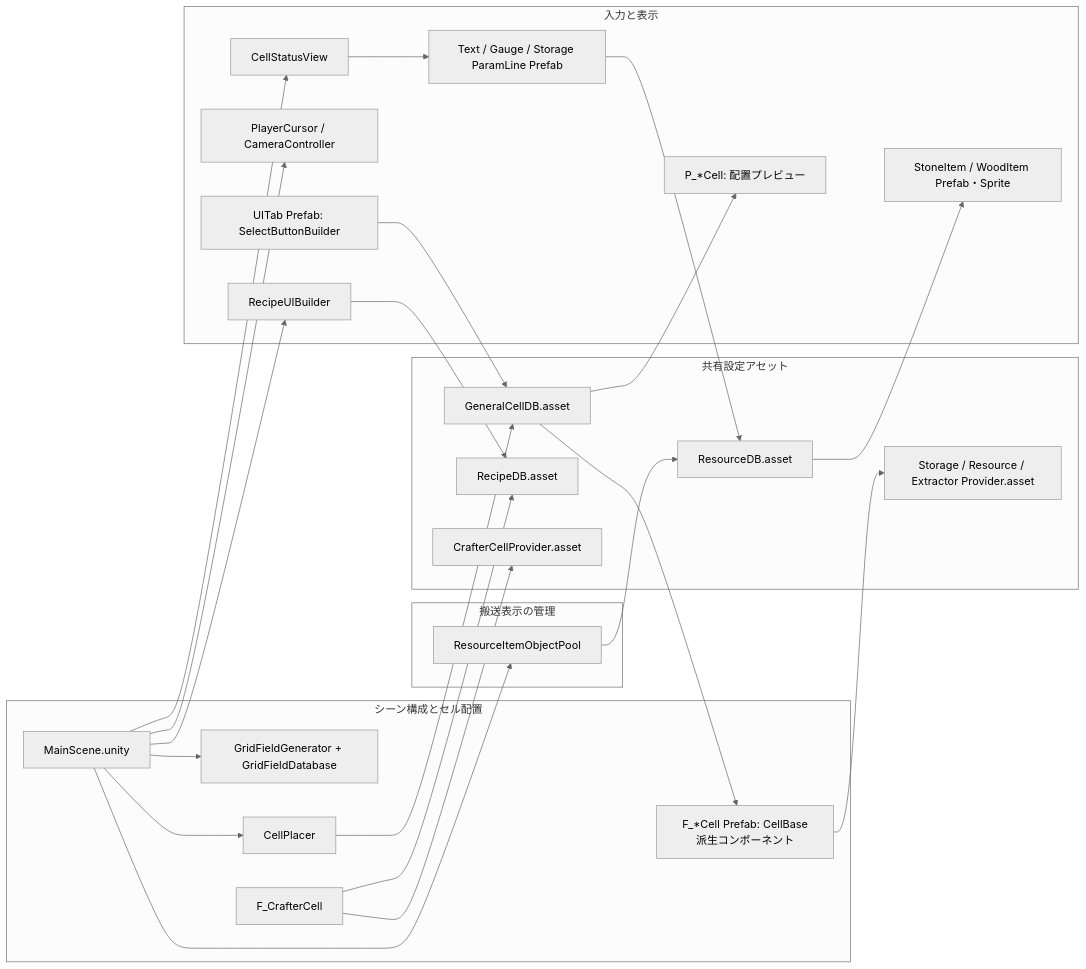
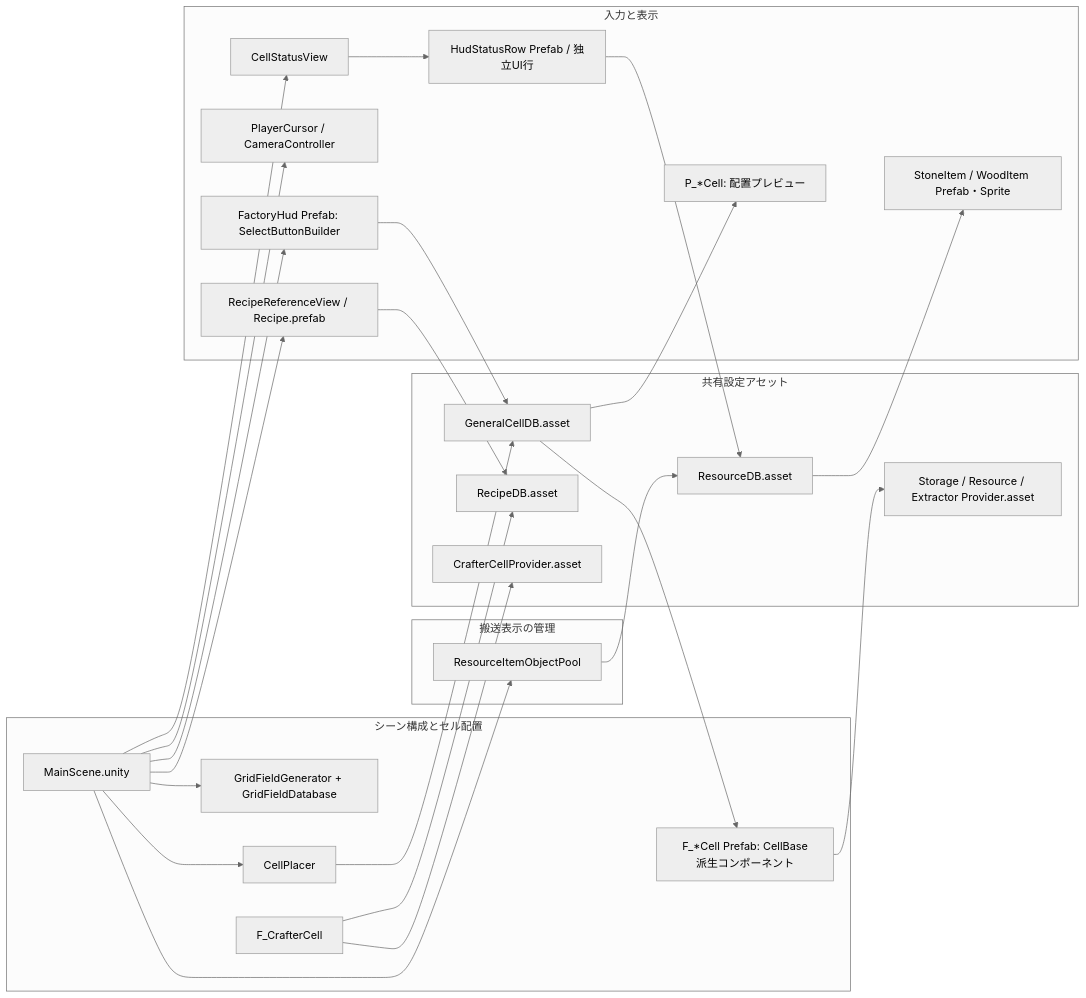
One commit to AoiTomiyama/FactoryGame changed the second of 2 diagrams in docs/design/current-architecture.md. Above: the diagram before and after it, drawn with Mermaid (neutral theme). The commit also changed other lines of this file and 55 other files, not shown here.

````diff
--- a/docs/design/current-architecture.md
+++ b/docs/design/current-architecture.md
@@ -115,47 +115,48 @@
 ```mermaid
 flowchart LR
  subgraph SceneAssembly["シーン構成とセル配置"]
   Main["MainScene.unity"]
   Generator["GridFieldGenerator + GridFieldDatabase"]
   Placer["CellPlacer"]
   Fields["F_*Cell Prefab: CellBase派生コンポーネント"]
   Crafter["F_CrafterCell"]
  end
  subgraph InputDisplay["入力と表示"]
   View["CellStatusView"]
   Cursor["PlayerCursor / CameraController"]
-  RecipeUI["RecipeUIBuilder"]
-  Tab["UITab Prefab: SelectButtonBuilder"]
+  RecipeUI["RecipeReferenceView / Recipe.prefab"]
+  Tab["FactoryHud Prefab: SelectButtonBuilder"]
   Preview["P_*Cell: 配置プレビュー"]
   Visual["StoneItem / WoodItem Prefab・Sprite"]
-  Rows["Text / Gauge / Storage ParamLine Prefab"]
+  Rows["HudStatusRow Prefab / 独立UI行"]
  end
  subgraph TransferDisplay["搬送表示の管理"]
   Pool["ResourceItemObjectPool"]
  end
  subgraph SharedSettings["共有設定アセット"]
   DB["GeneralCellDB.asset"]
   RecipeDB["RecipeDB.asset"]
   CrafterProvider["CrafterCellProvider.asset"]
   Providers["Storage / Resource / Extractor Provider.asset"]
   ResourceDB["ResourceDB.asset"]
  end
  Main --> Generator
  Main --> Placer
  Main --> Pool
  Main --> View
  Main --> Cursor
  Main --> RecipeUI
+ Main --> Tab
  Tab --> DB
  Placer --> DB
  DB --> Fields
  DB --> Preview
  Crafter --> RecipeDB
  Crafter --> CrafterProvider
  Fields --> Providers
  Pool --> ResourceDB
  RecipeUI --> RecipeDB
  ResourceDB --> Visual
  View --> Rows
  Rows --> ResourceDB
 ```
````
